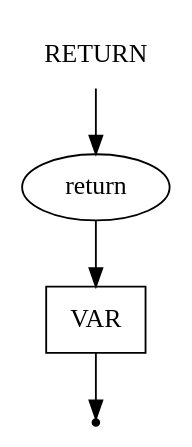
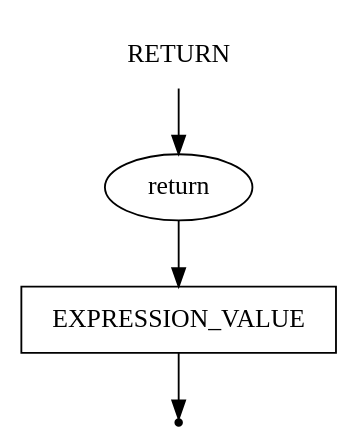
Before and after one commit to ayu-f/DSL_Pseudocode: the diagram in pseudocode/return.gv, drawn with Graphviz. The commit also changed 15 other files, not shown here.

```diff
--- a/pseudocode/return.gv
+++ b/pseudocode/return.gv
@@ -1,9 +1,9 @@
 digraph RETURN {
     start [label=RETURN shape=plaintext]
     key_return [label="return" shape=oval]
-    var [label=VAR shape=box]
+    value [label=EXPRESSION_VALUE shape=box]
     end [label="" shape=point]
     start -> key_return
-    key_return -> var
-    var -> end
+    key_return -> value
+    value -> end
 }
```
